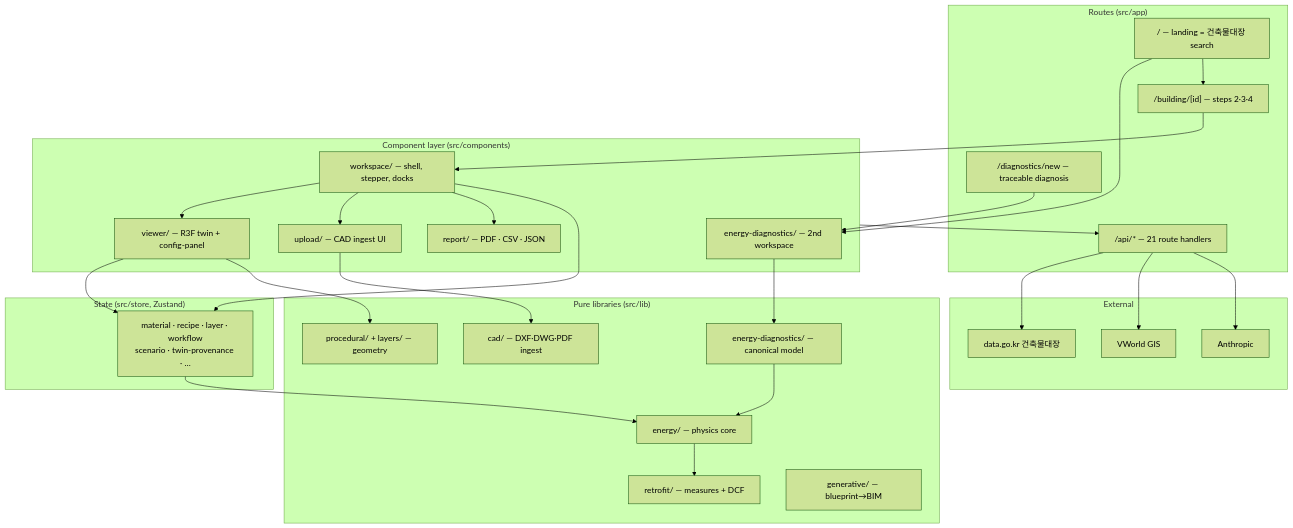
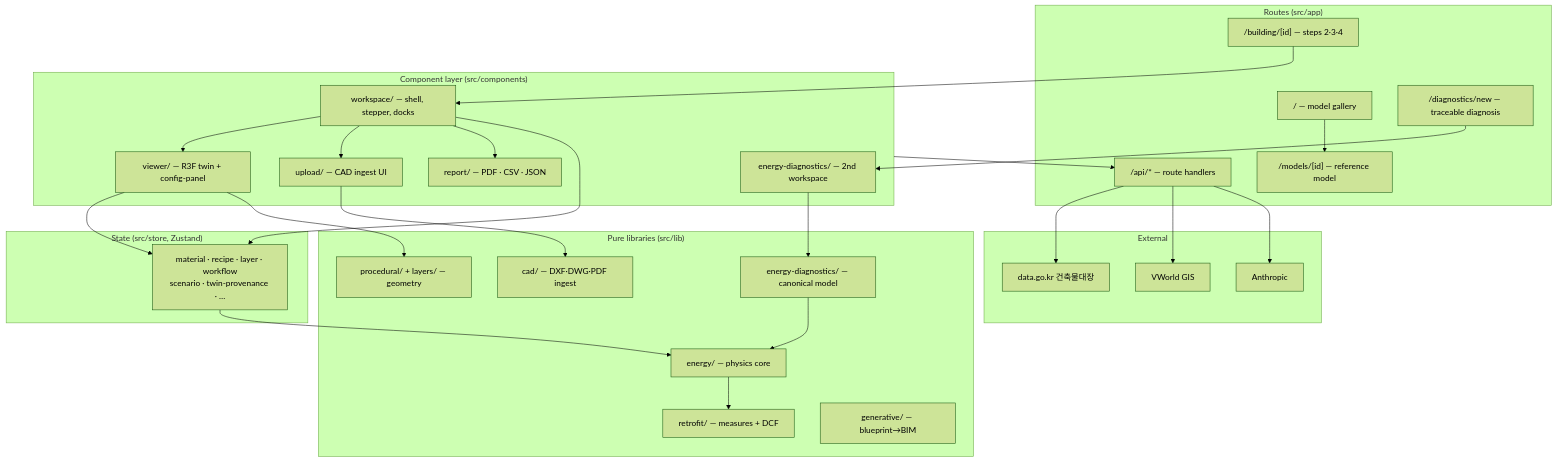
Before and after one commit to mattysouth97/BIM: the diagram in docs/01_Architecture/System Architecture.md, drawn with Mermaid (forest theme). The commit also changed other lines of this file and 42 other files, not shown here.

````diff
--- a/docs/01_Architecture/System Architecture.md
+++ b/docs/01_Architecture/System Architecture.md
@@ -25,51 +25,51 @@
 ```mermaid
 flowchart TB
   subgraph routes["Routes (src/app)"]
-    LP["/ — landing = 건축물대장 search"]
+    LP["/ — model gallery"]
+    MD["/models/[id] — reference model"]
     BW["/building/[id] — steps 2·3·4"]
     DX["/diagnostics/new — traceable diagnosis"]
-    API["/api/* — 21 route handlers"]
+    API["/api/* — route handlers"]
   end
 
   subgraph ui["Component layer (src/components)"]
     WS["workspace/ — shell, stepper, docks"]
     UP["upload/ — CAD ingest UI"]
     VW["viewer/ — R3F twin + config-panel"]
     RP["report/ — PDF · CSV · JSON"]
     ED["energy-diagnostics/ — 2nd workspace"]
   end
 
   subgraph state["State (src/store, Zustand)"]
     ST["material · recipe · layer · workflow<br/>scenario · twin-provenance · …"]
   end
 
   subgraph libs["Pure libraries (src/lib)"]
     EN["energy/ — physics core"]
     RT["retrofit/ — measures + DCF"]
     PR["procedural/ + layers/ — geometry"]
     CD["cad/ — DXF·DWG·PDF ingest"]
     EDG["energy-diagnostics/ — canonical model"]
     GN["generative/ — blueprint→BIM"]
   end
 
   subgraph ext["External"]
     DGK["data.go.kr 건축물대장"]
     VWD["VWorld GIS"]
     ANT["Anthropic"]
   end
 
-  LP --> ED
-  LP --> BW
+  LP --> MD
   BW --> WS --> VW & UP & RP
   DX --> ED
   WS --> ST
   VW --> ST
   VW --> PR
   ST --> EN
   EN --> RT
   UP --> CD
   ED --> EDG
   EDG --> EN
   API --> DGK & VWD & ANT
   ui --> API
 ```
````
